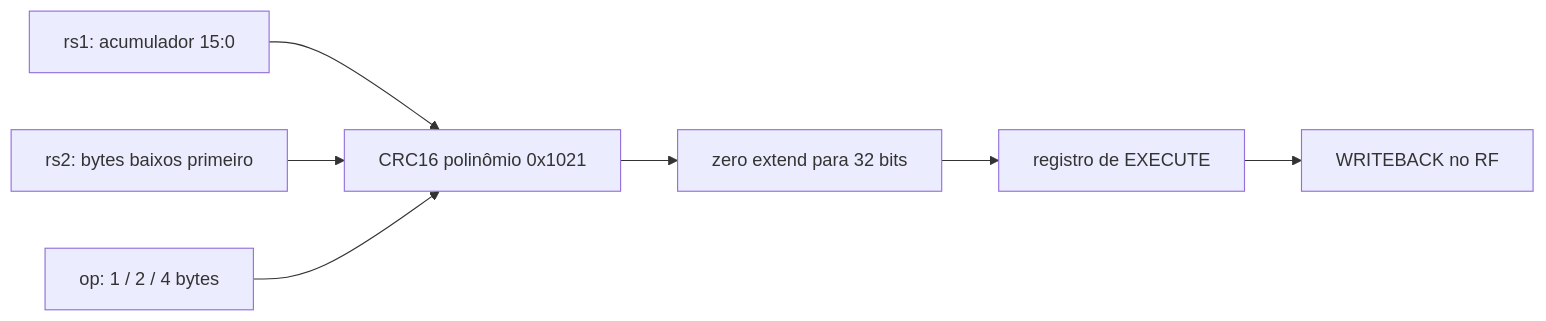
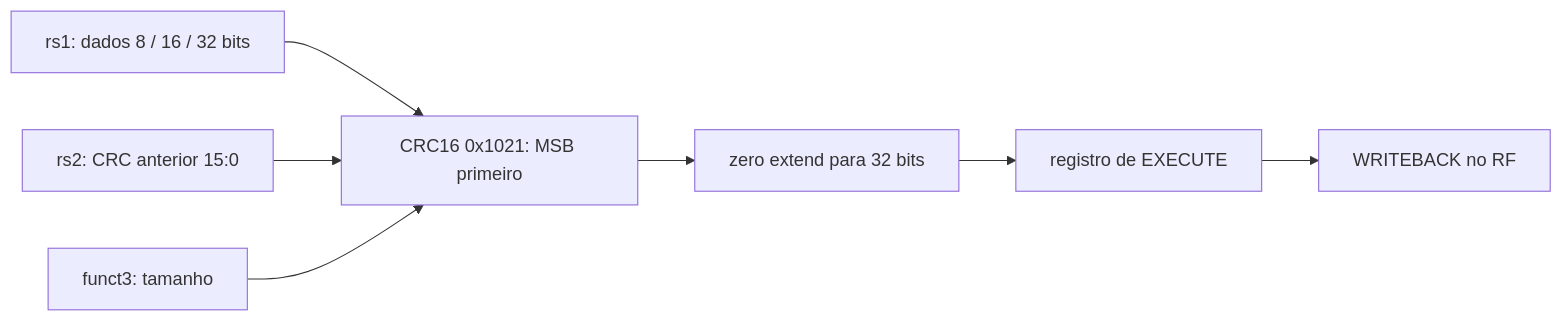
Before and after one commit to cmosuea-arch/RV32-multicycle: the diagram in docs/modules/crc.md, drawn with Mermaid. The commit also changed other lines of this file and 163 other files, not shown here.

````diff
--- a/docs/modules/crc.md
+++ b/docs/modules/crc.md
@@ -26,9 +28,9 @@
 ```mermaid
 flowchart LR
- A[rs1: acumulador 15:0] --> C[CRC16 polinômio 0x1021]
- B[rs2: bytes baixos primeiro] --> C
- O[op: 1 / 2 / 4 bytes] --> C
+ A[rs1: dados 8 / 16 / 32 bits] --> C[CRC16 0x1021: MSB primeiro]
+ B[rs2: CRC anterior 15:0] --> C
+ O[funct3: tamanho] --> C
  C --> Z[zero extend para 32 bits]
  Z --> E[registro de EXECUTE]
  E --> W[WRITEBACK no RF]
 ```
````
